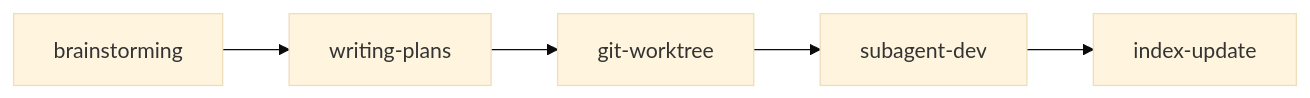
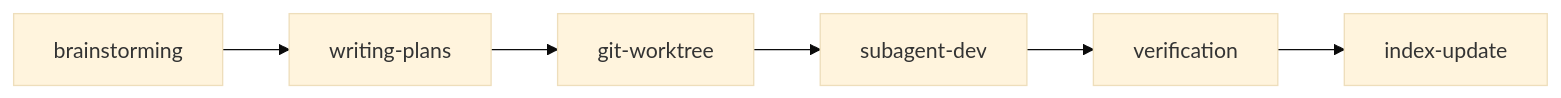
The second of 2 diagrams in core/pipeline.md (xiqin/loom), drawn with Mermaid (base theme) before and after one commit. The commit also changed other lines of this file and 21 other files, not shown here.

````diff
--- a/core/pipeline.md
+++ b/core/pipeline.md
@@ -46,7 +51,8 @@
 ```mermaid
 graph LR
     A[brainstorming] --> B[writing-plans]
-    B --> C[git-worktree]
-    C --> D[subagent-dev]
-    D --> E[index-update]
+    B[writing-plans] --> C[git-worktree]
+    C[git-worktree] --> D[subagent-dev]
+    D[subagent-dev] --> E[verification]
+    E[verification] --> F[index-update]
 ```
````
